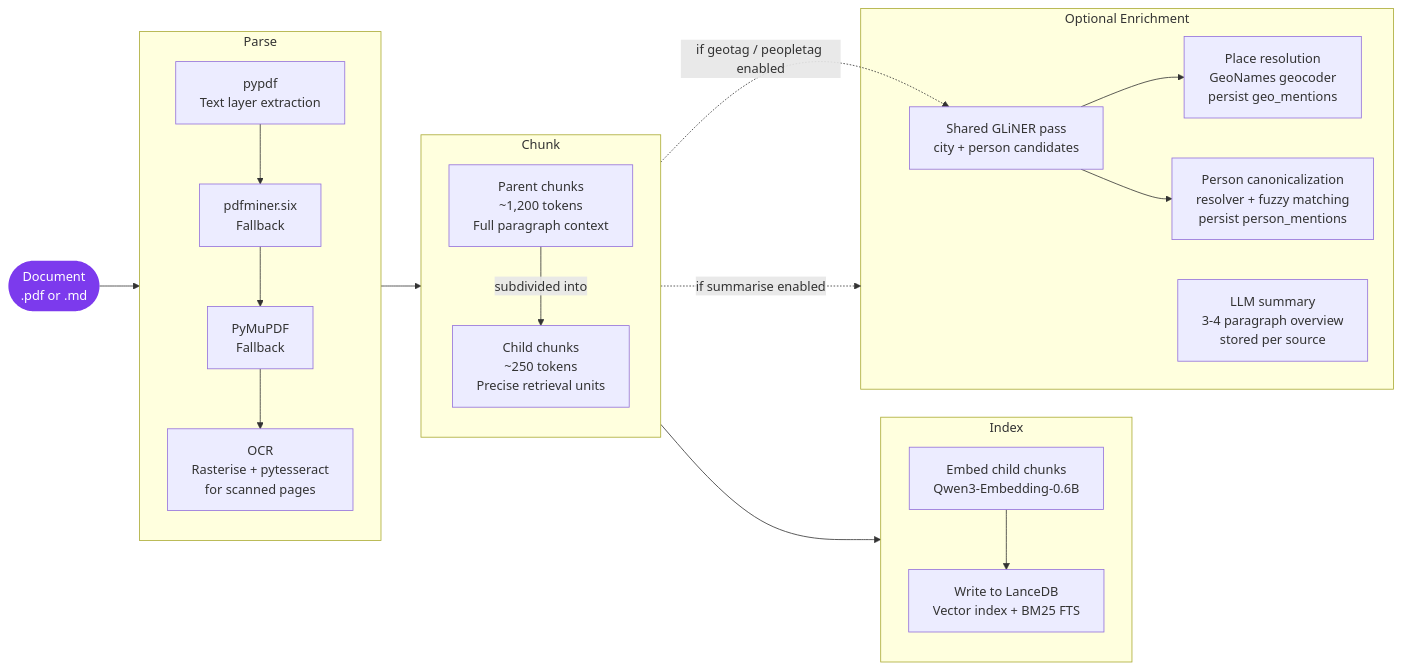
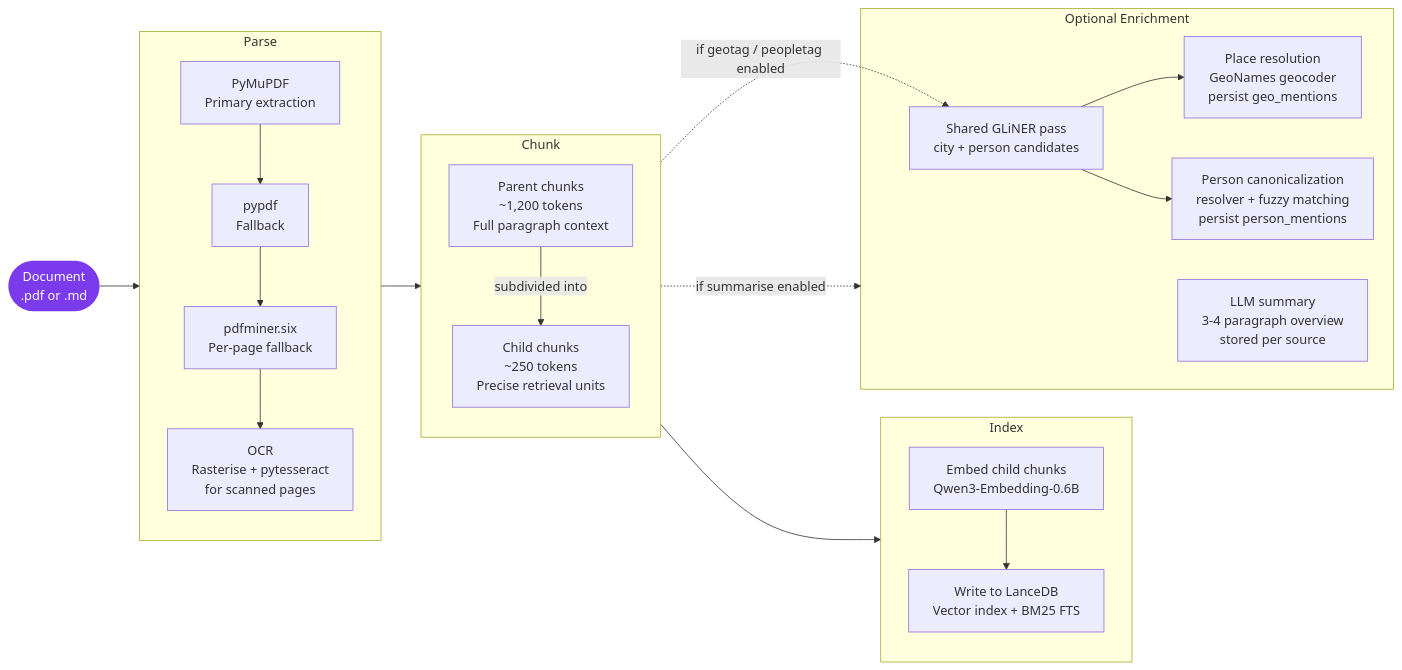
One commit to mc32452/Corpus changed the third of 4 diagrams in README.MD. Above: the diagram before and after it, drawn with Mermaid. The commit also changed other lines of this file and 21 other files, not shown here.

````diff
--- a/README.MD
+++ b/README.MD
@@ -153,42 +153,42 @@
 ```mermaid
 flowchart LR
     DOC(["Document<br/>.pdf or .md"])
 
     subgraph Parse["Parse"]
         direction TB
-        P1["pypdf<br/>Text layer extraction"]
-        P2["pdfminer.six<br/>Fallback"]
-        P3["PyMuPDF<br/>Fallback"]
+        P1["PyMuPDF<br/>Primary extraction"]
+        P2["pypdf<br/>Fallback"]
+        P3["pdfminer.six<br/>Per-page fallback"]
         P4["OCR<br/>Rasterise + pytesseract<br/>for scanned pages"]
         P1 --> P2
         P2 --> P3
         P3 --> P4
     end
 
     subgraph Chunk["Chunk"]
         PC["Parent chunks<br/>~1,200 tokens<br/>Full paragraph context"]
         CC["Child chunks<br/>~250 tokens<br/>Precise retrieval units"]
         PC -->|"subdivided into"| CC
     end
 
     subgraph Index["Index"]
         EMB2["Embed child chunks<br/>Qwen3-Embedding-0.6B"]
         STORE["Write to LanceDB<br/>Vector index + BM25 FTS"]
         EMB2 --> STORE
     end
 
     subgraph Opt["Optional Enrichment"]
         NERX["Shared GLiNER pass<br/>city + person candidates"]
         GEOX["Place resolution<br/>GeoNames geocoder<br/>persist geo_mentions"]
         PPLX["Person canonicalization<br/>resolver + fuzzy matching<br/>persist person_mentions"]
         SUMM["LLM summary<br/>3-4 paragraph overview<br/>stored per source"]
         NERX --> GEOX
         NERX --> PPLX
     end
 
     DOC --> Parse --> Chunk --> Index
     Chunk -.->|"if geotag / peopletag enabled"| NERX
     Chunk -.->|"if summarise enabled"| Opt
 
     style DOC fill:#7c3aed,color:#fff,stroke:none
 ```
````
